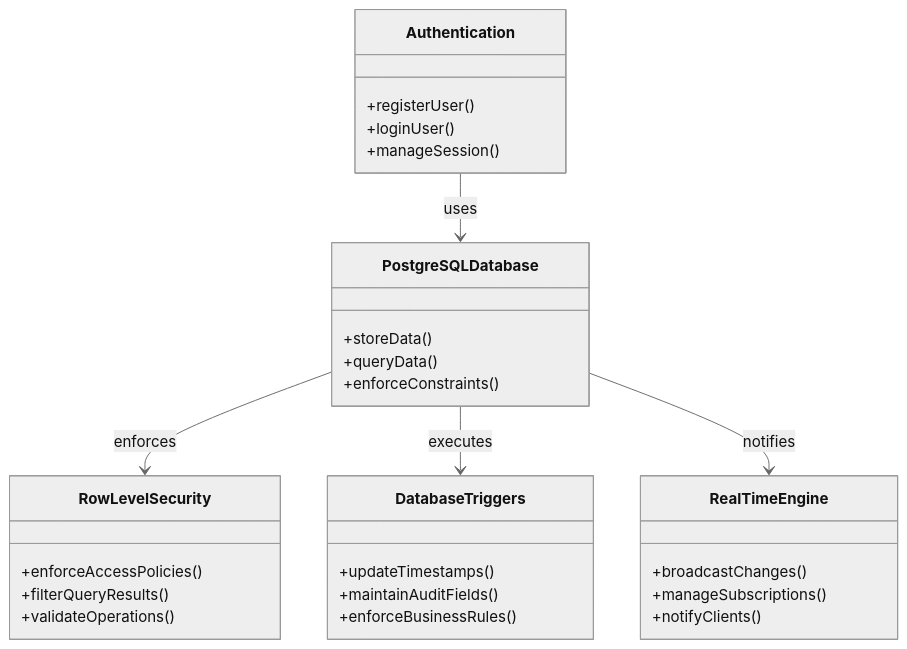
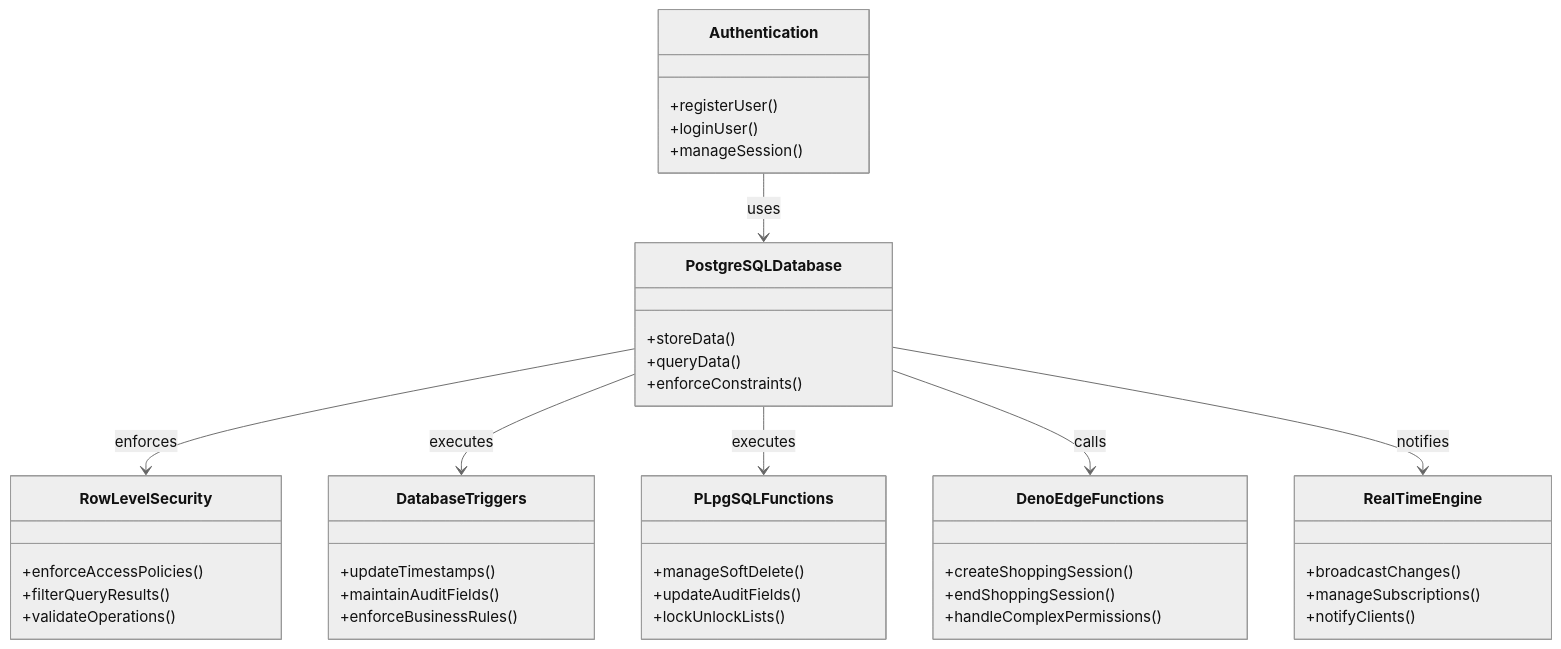
One commit to mrsimpson/prompt-driven-collaborative-shopping changed the fifth of 9 diagrams in arc42.md. Above: the diagram before and after it, drawn with Mermaid (neutral theme). The commit also changed other lines of this file and 1 other file, not shown here.

Commit message:
Readme with tech stack

````diff
--- a/arc42.md
+++ b/arc42.md
@@ -239,37 +242,51 @@
 ```mermaid
 classDiagram
     class Authentication {
         +registerUser()
         +loginUser()
         +manageSession()
     }
     
     class PostgreSQLDatabase {
         +storeData()
         +queryData()
         +enforceConstraints()
     }
     
     class RealTimeEngine {
         +broadcastChanges()
         +manageSubscriptions()
         +notifyClients()
     }
     
     class RowLevelSecurity {
         +enforceAccessPolicies()
         +filterQueryResults()
         +validateOperations()
     }
     
     class DatabaseTriggers {
         +updateTimestamps()
         +maintainAuditFields()
         +enforceBusinessRules()
     }
     
+    class PLpgSQLFunctions {
+        +manageSoftDelete()
+        +updateAuditFields()
+        +lockUnlockLists()
+    }
+    
+    class DenoEdgeFunctions {
+        +createShoppingSession()
+        +endShoppingSession()
+        +handleComplexPermissions()
+    }
+    
     Authentication --> PostgreSQLDatabase : uses
     PostgreSQLDatabase --> RowLevelSecurity : enforces
     PostgreSQLDatabase --> DatabaseTriggers : executes
+    PostgreSQLDatabase --> PLpgSQLFunctions : executes
+    PostgreSQLDatabase --> DenoEdgeFunctions : calls
     PostgreSQLDatabase --> RealTimeEngine : notifies
 ```
````
